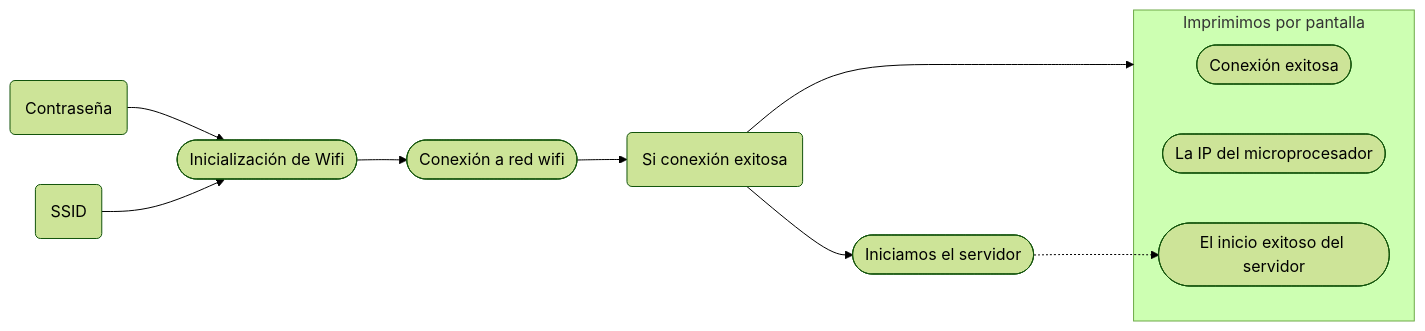
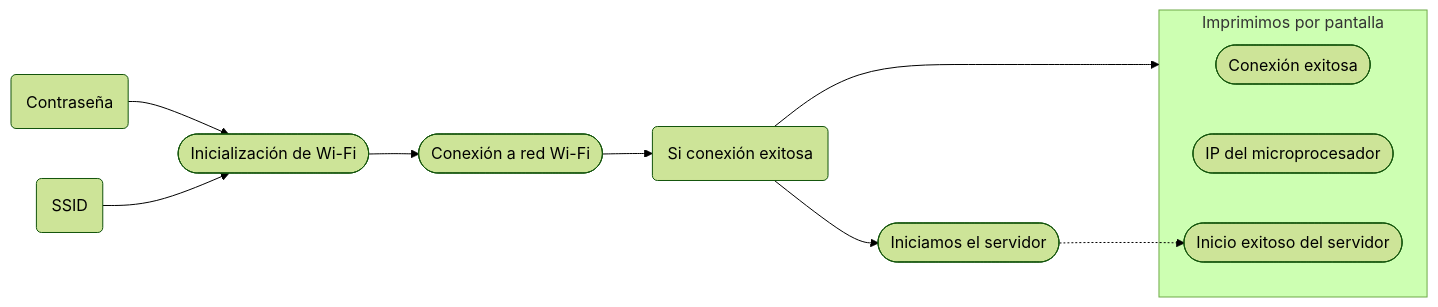
One commit to joeljoanmorera/P4-morera-cots changed the first of 4 diagrams in README.md. Above: the diagram before and after it, drawn with Mermaid (forest theme). The commit also changed other lines of this file and 2 other files, not shown here.

````diff
--- a/README.md
+++ b/README.md
@@ -87,19 +86,19 @@
 ```mermaid
     flowchart LR;
 
-    pss("Contraseña") & ssid("SSID")--> WB;
+    pss(Contraseña) & ssid(SSID)--> WB;
 
-    WB(["Inicialización de Wifi"]) --> CW;
+    WB([Inicialización de Wi-Fi]) --> CW;
 
-    CW(["Conexión a red wifi"]) --> if;
+    CW([Conexión a red Wi-Fi]) --> if;
 
-    if("Si conexión exitosa") --> HS & SP;
+    if(Si conexión exitosa) --> HS & SP;
 
     subgraph SP [Imprimimos por pantalla]
-        ICW(["Conexión exitosa"]);
-        IIP(["La IP del microprocesador"]);
-        SI([El inicio exitoso del servidor]);
+        ICW([Conexión exitosa]);
+        IIP([IP del microprocesador]);
+        SI([Inicio exitoso del servidor]);
     end;
 
-    HS(["Iniciamos el servidor"]) -..-> SI;
+    HS([Iniciamos el servidor]) -..-> SI;
 ```
````
